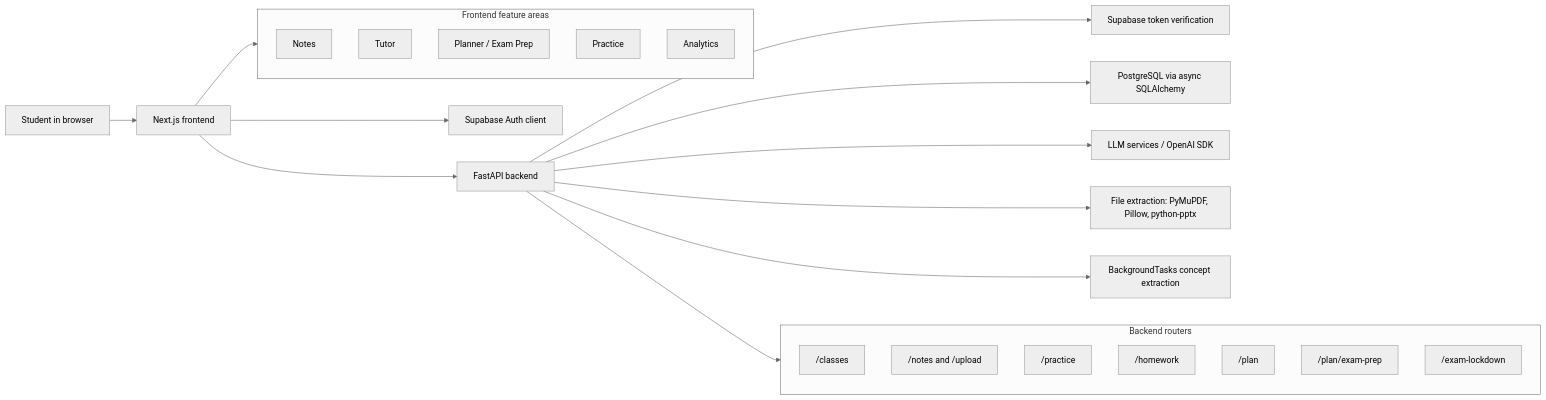
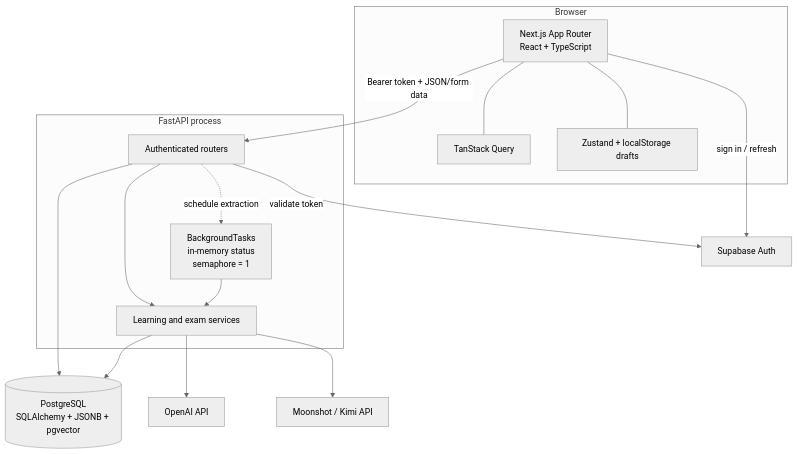
One commit to ShauryaDas924/study-app changed the first of 3 diagrams in docs/ARCHITECTURE.md. Above: the diagram before and after it, drawn with Mermaid (neutral theme). The commit also changed other lines of this file and 76 other files, not shown here.

````diff
--- a/docs/ARCHITECTURE.md
+++ b/docs/ARCHITECTURE.md
@@ -12,32 +5,33 @@
 ```mermaid
-flowchart LR
-  User["Student in browser"] --> Frontend["Next.js frontend"]
-  Frontend --> Auth["Supabase Auth client"]
-  Frontend --> API["FastAPI backend"]
-  API --> AuthVerify["Supabase token verification"]
-  API --> DB["PostgreSQL via async SQLAlchemy"]
-  API --> LLM["LLM services / OpenAI SDK"]
-  API --> Extract["File extraction: PyMuPDF, Pillow, python-pptx"]
-  API --> Jobs["BackgroundTasks concept extraction"]
+flowchart TB
+    subgraph Browser
+        NEXT["Next.js App Router\nReact + TypeScript"]
+        QUERY["TanStack Query"]
+        STORE["Zustand + localStorage drafts"]
+        NEXT --- QUERY
+        NEXT --- STORE
+    end
 
-  subgraph FrontendFeatures["Frontend feature areas"]
-    NotesUI["Notes"]
-    TutorUI["Tutor"]
-    PlannerUI["Planner / Exam Prep"]
-    PracticeUI["Practice"]
-    AnalyticsUI["Analytics"]
-  end
+    SUPA["Supabase Auth"]
 
-  subgraph BackendRouters["Backend routers"]
-    Classes["/classes"]
-    Notes["/notes and /upload"]
-    Practice["/practice"]
-    Homework["/homework"]
-    Plan["/plan"]
-    ExamPrep["/plan/exam-prep"]
-    Lockdown["/exam-lockdown"]
-  end
+    subgraph API["FastAPI process"]
+        ROUTES["Authenticated routers"]
+        DOMAIN["Learning and exam services"]
+        BG["BackgroundTasks\nin-memory status\nsemaphore = 1"]
+        ROUTES --> DOMAIN
+        ROUTES -. "schedule extraction" .-> BG
+        BG --> DOMAIN
+    end
 
-  Frontend --> FrontendFeatures
-  API --> BackendRouters
+    DB[("PostgreSQL\nSQLAlchemy + JSONB + pgvector")]
+    OPENAI["OpenAI API"]
+    KIMI["Moonshot / Kimi API"]
+
+    NEXT -->|"sign in / refresh"| SUPA
+    NEXT -->|"Bearer token + JSON/form data"| ROUTES
+    ROUTES -->|"validate token"| SUPA
+    ROUTES --> DB
+    DOMAIN --> DB
+    DOMAIN --> OPENAI
+    DOMAIN --> KIMI
 ```
````
